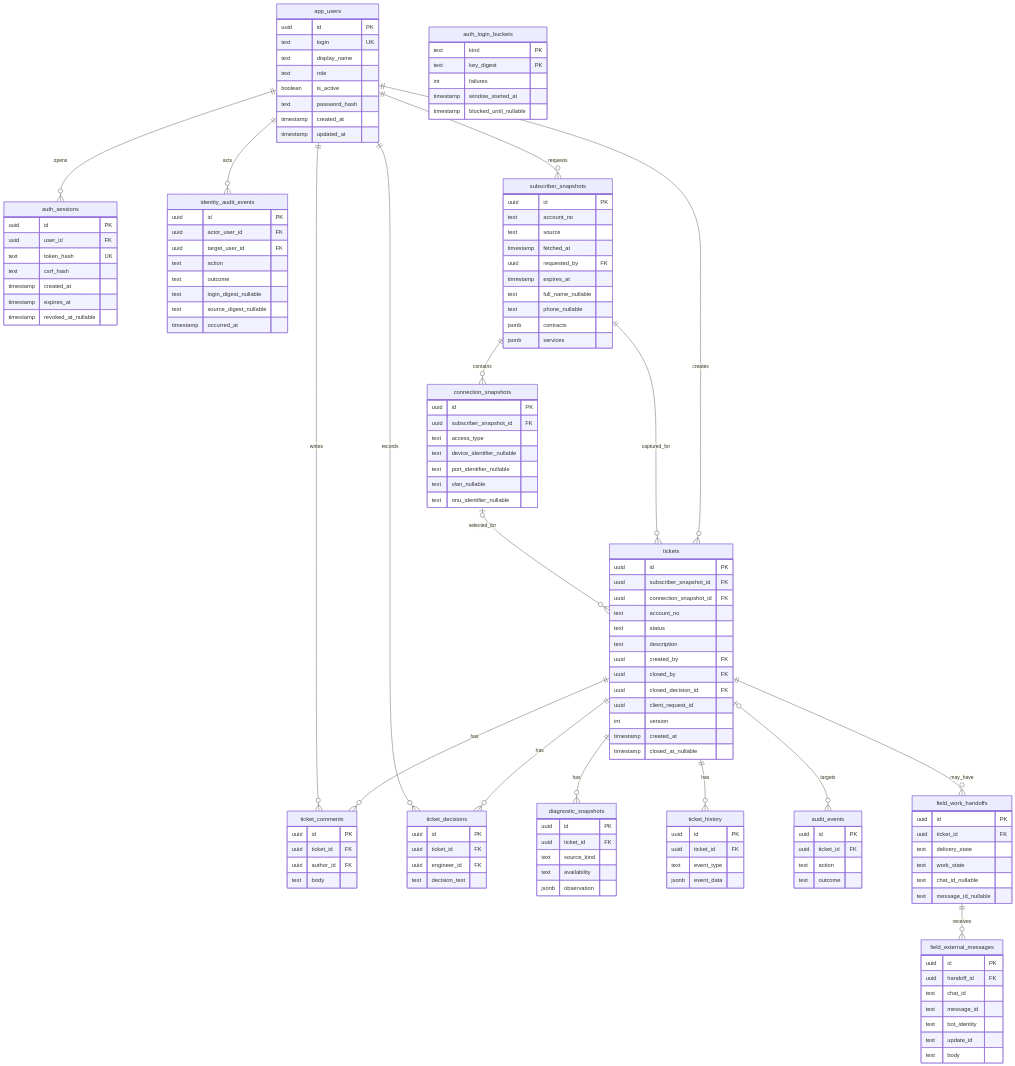
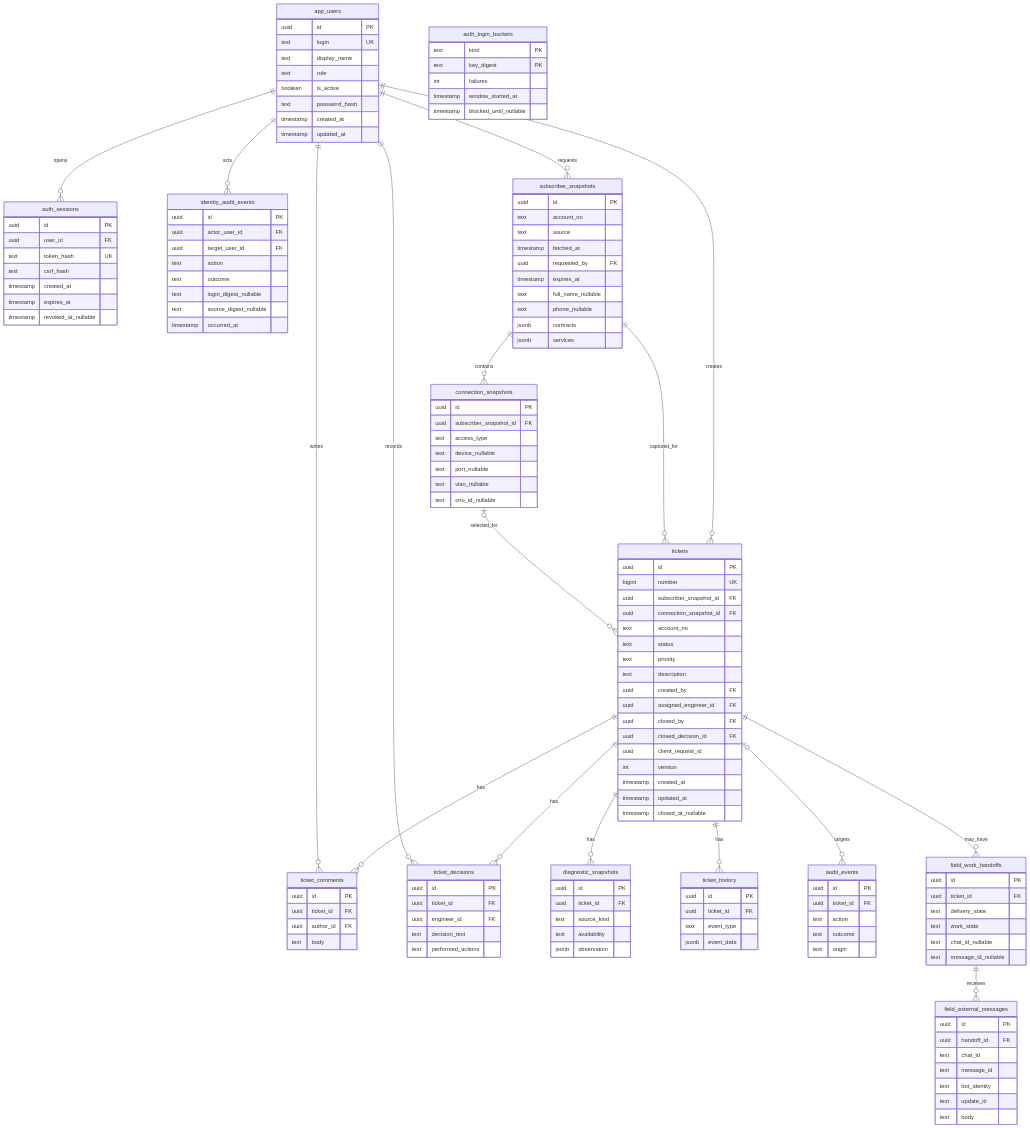
The diagram in docs/architecture/data-model.md (codexhtb/oss-control-center), drawn with Mermaid before and after one commit. The commit also changed other lines of this file and 17 other files, not shown here.

```diff
--- a/docs/architecture/data-model.md
+++ b/docs/architecture/data-model.md
@@ -77,24 +79,28 @@
     uuid id PK
     uuid subscriber_snapshot_id FK
     text access_type
-    text device_identifier_nullable
-    text port_identifier_nullable
+    text device_nullable
+    text port_nullable
     text vlan_nullable
-    text onu_identifier_nullable
+    text onu_id_nullable
   }
   tickets {
     uuid id PK
+    bigint number UK
     uuid subscriber_snapshot_id FK
     uuid connection_snapshot_id FK
     text account_no
     text status
+    text priority
     text description
     uuid created_by FK
+    uuid assigned_engineer_id FK
     uuid closed_by FK
     uuid closed_decision_id FK
     uuid client_request_id
     int version
     timestamp created_at
+    timestamp updated_at
     timestamp closed_at_nullable
   }
   ticket_comments {
@@ -108,6 +114,7 @@
     uuid ticket_id FK
     uuid engineer_id FK
     text decision_text
+    text performed_actions
   }
   diagnostic_snapshots {
     uuid id PK
@@ -127,6 +134,7 @@
     uuid ticket_id FK
     text action
     text outcome
+    text origin
   }
   field_work_handoffs {
     uuid id PK
```
